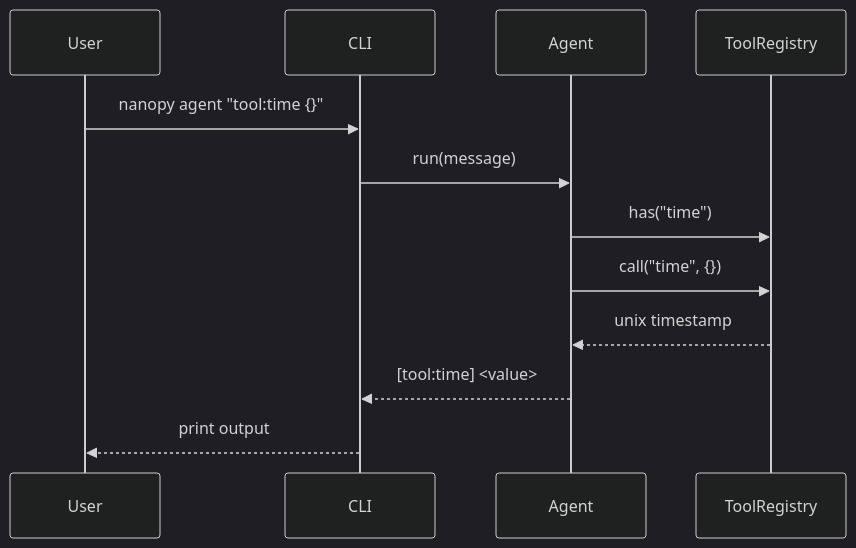
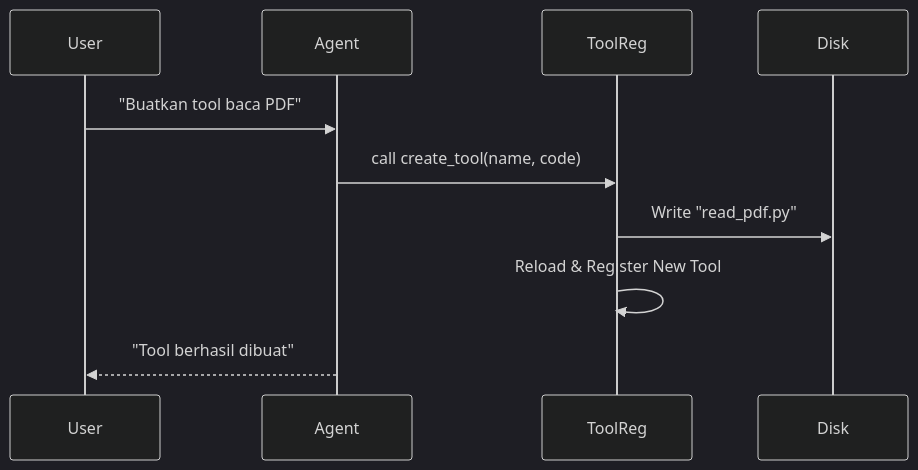
The third of 3 diagrams in ARCHITECTURE.md (kikiginanjar16/nanopy), drawn with Mermaid (dark theme) before and after one commit. The commit also changed other lines of this file and 15 other files, not shown here.

````diff
--- a/ARCHITECTURE.md
+++ b/ARCHITECTURE.md
@@ -91,15 +72,13 @@
 ```mermaid
 sequenceDiagram
     participant User
-    participant CLI as CLI
-    participant Agent as Agent
-    participant Tools as ToolRegistry
+    participant Agent
+    participant ToolReg
+    participant Disk
 
-    User->>CLI: nanopy agent "tool:time {}"
-    CLI->>Agent: run(message)
-    Agent->>Tools: has("time")
-    Agent->>Tools: call("time", {})
-    Tools-->>Agent: unix timestamp
-    Agent-->>CLI: [tool:time] <value>
-    CLI-->>User: print output
+    User->>Agent: "Buatkan tool baca PDF"
+    Agent->>ToolReg: call create_tool(name, code)
+    ToolReg->>Disk: Write "read_pdf.py"
+    ToolReg->>ToolReg: Reload & Register New Tool
+    Agent-->>User: "Tool berhasil dibuat"
 ```
````
